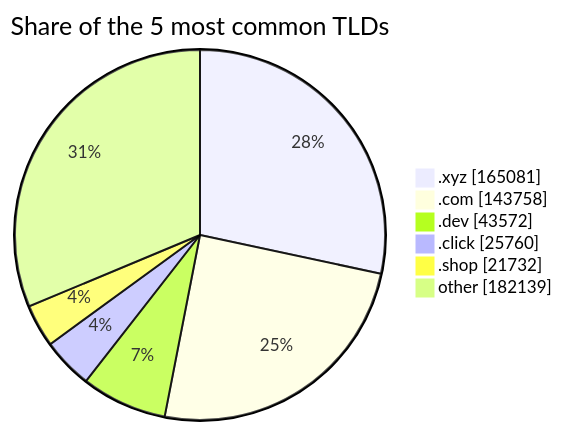
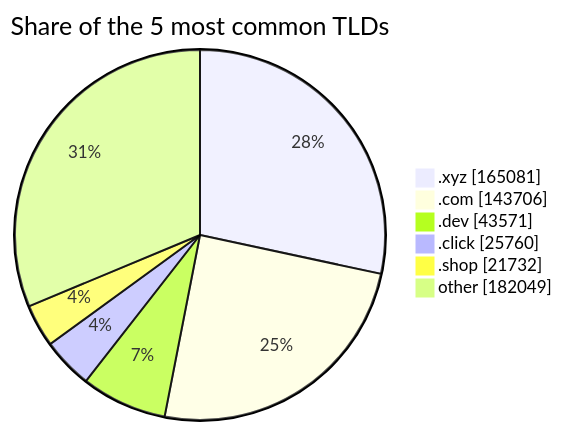
Before and after one commit to DNSBunker/CTI: the third of 3 diagrams in README.md, drawn with Mermaid. The commit also changed other lines of this file and 3 other files, not shown here.

````diff
--- a/README.md
+++ b/README.md
@@ -81,9 +81,9 @@
 ```mermaid
 pie showData title Share of the 5 most common TLDs
     ".xyz" : 165081
-    ".com" : 143758
-    ".dev" : 43572
+    ".com" : 143706
+    ".dev" : 43571
     ".click" : 25760
     ".shop" : 21732
-    "other" : 182139
+    "other" : 182049
 ```
````
